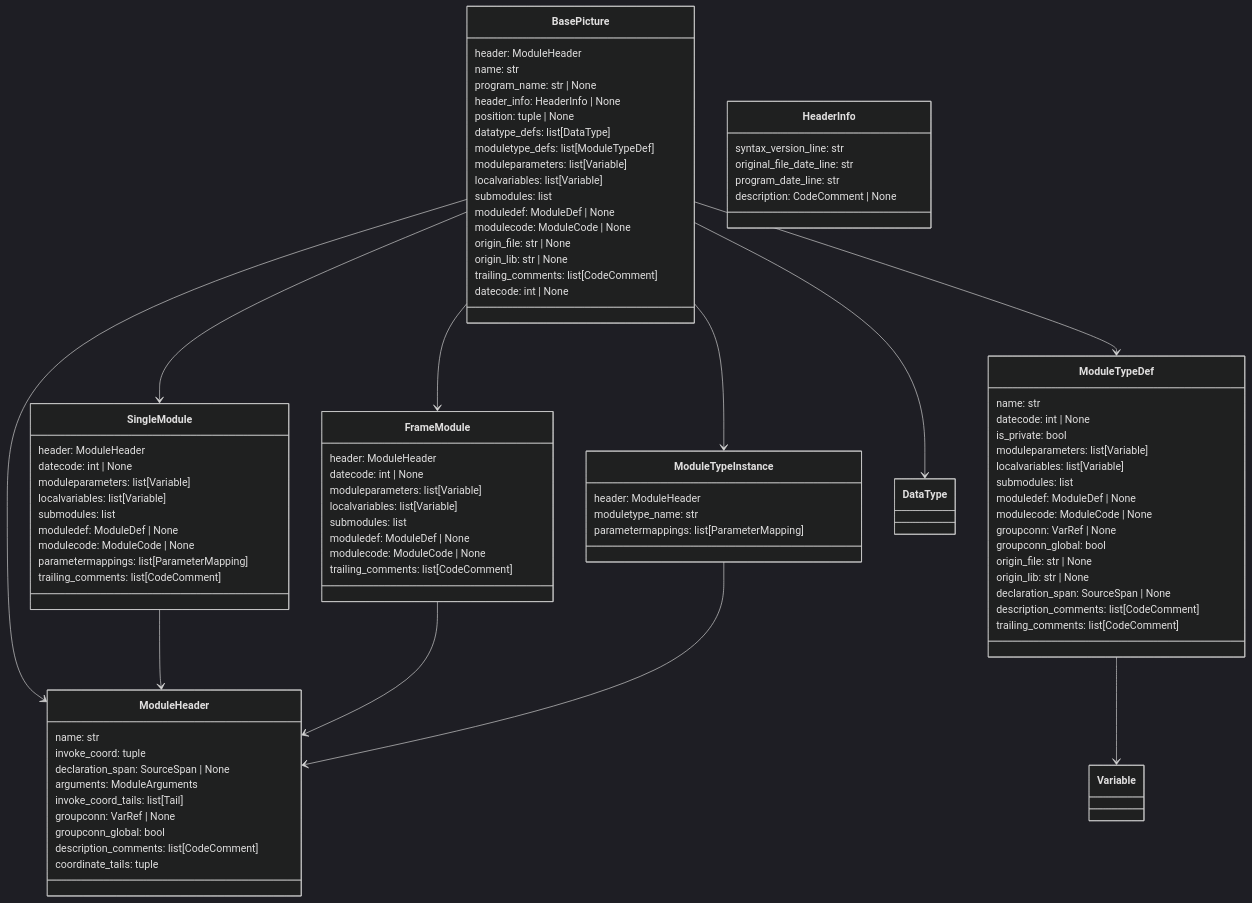
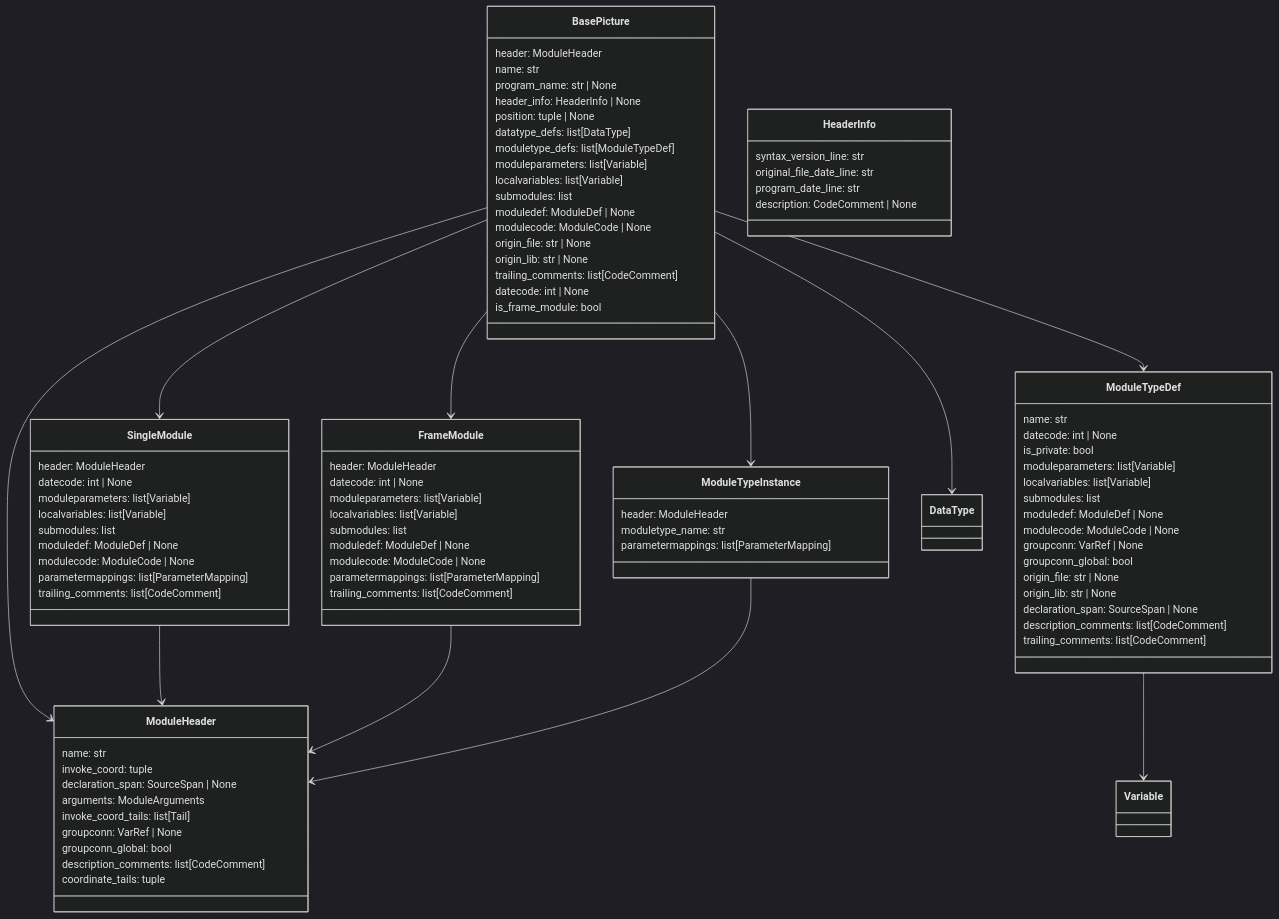
The first of 6 diagrams in docs/ast.md (SorenHJohansen/sattline-parser), drawn with Mermaid (dark theme) before and after one commit. The commit also changed other lines of this file and 131 other files, not shown here.

```diff
--- a/docs/ast.md
+++ b/docs/ast.md
@@ -26,6 +26,7 @@
         origin_lib: str | None
         trailing_comments: list[CodeComment]
         datecode: int | None
+        is_frame_module: bool
     }
 
     class HeaderInfo {
@@ -67,6 +68,7 @@
         submodules: list
         moduledef: ModuleDef | None
         modulecode: ModuleCode | None
+        parametermappings: list[ParameterMapping]
         trailing_comments: list[CodeComment]
     }
 
```
